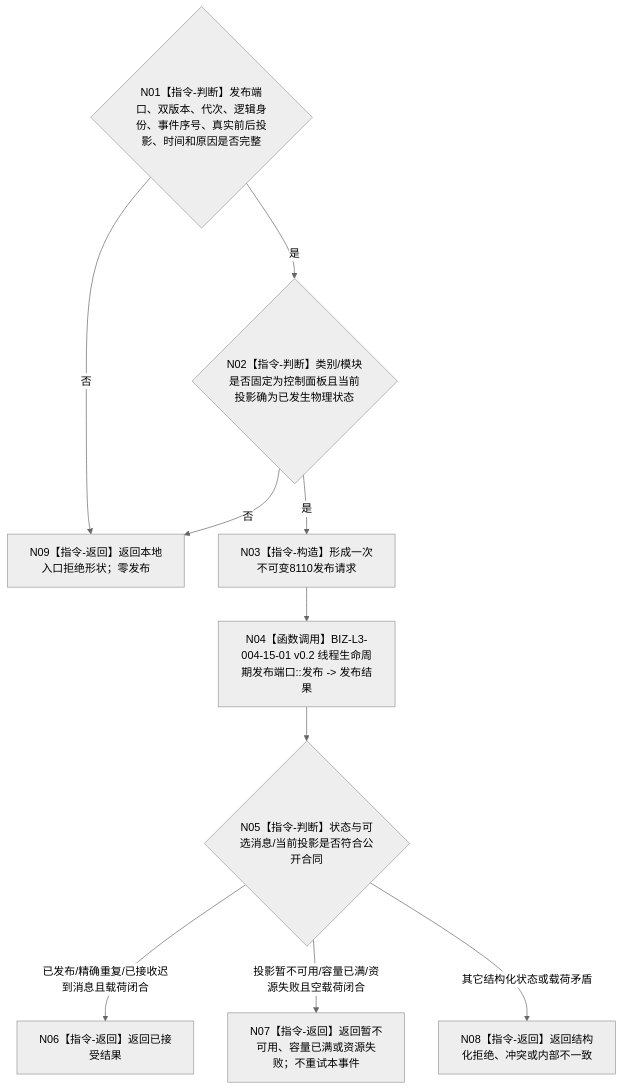
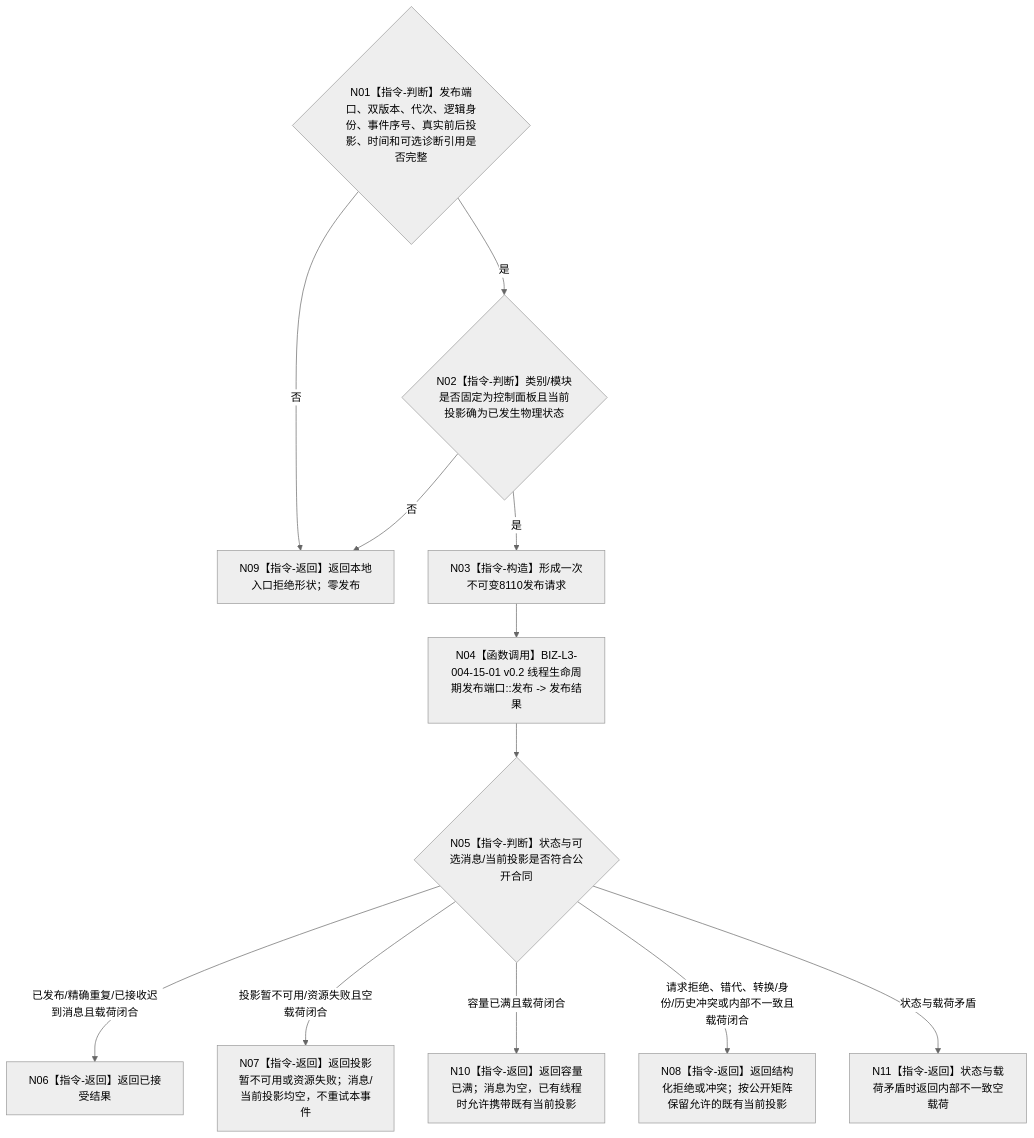
Before and after one commit to chunhaizh-cyber/HY-Ego: the diagram in 流程图/目标业务流程图/L2/BIZ-L2-005-02_报告一次控制面板线程生命周期投影_目标函数流程图_v0.2.md, drawn with Mermaid (neutral theme). The commit also changed other lines of this file and 6 other files, not shown here.

````diff
--- a/流程图/目标业务流程图/L2/BIZ-L2-005-02_报告一次控制面板线程生命周期投影_目标函数流程图_v0.2.md
+++ b/流程图/目标业务流程图/L2/BIZ-L2-005-02_报告一次控制面板线程生命周期投影_目标函数流程图_v0.2.md
@@ -30,20 +31,24 @@
 ```mermaid
 flowchart TD
-    N01{"N01【指令-判断】发布端口、双版本、代次、逻辑身份、事件序号、真实前后投影、时间和原因是否完整"}
+    N01{"N01【指令-判断】发布端口、双版本、代次、逻辑身份、事件序号、真实前后投影、时间和可选诊断引用是否完整"}
     N02{"N02【指令-判断】类别/模块是否固定为控制面板且当前投影确为已发生物理状态"}
     N03["N03【指令-构造】形成一次不可变8110发布请求"]
     N04["N04【函数调用】BIZ-L3-004-15-01 v0.2 线程生命周期发布端口::发布 -> 发布结果"]
     N05{"N05【指令-判断】状态与可选消息/当前投影是否符合公开合同"}
     N06["N06【指令-返回】返回已接受结果"]
-    N07["N07【指令-返回】返回暂不可用、容量已满或资源失败；不重试本事件"]
-    N08["N08【指令-返回】返回结构化拒绝、冲突或内部不一致"]
+    N07["N07【指令-返回】返回投影暂不可用或资源失败；消息/当前投影均空，不重试本事件"]
+    N08["N08【指令-返回】返回结构化拒绝或冲突；按公开矩阵保留允许的既有当前投影"]
     N09["N09【指令-返回】返回本地入口拒绝形状；零发布"]
+    N10["N10【指令-返回】返回容量已满；消息为空，已有线程时允许携带既有当前投影"]
+    N11["N11【指令-返回】状态与载荷矛盾时返回内部不一致空载荷"]
 
     N01 -->|否| N09
     N01 -->|是| N02
     N02 -->|否| N09
     N02 -->|是| N03 --> N04 --> N05
     N05 -->|已发布/精确重复/已接收迟到消息且载荷闭合| N06
-    N05 -->|投影暂不可用/容量已满/资源失败且空载荷闭合| N07
-    N05 -->|其它结构化状态或载荷矛盾| N08
+    N05 -->|投影暂不可用/资源失败且空载荷闭合| N07
+    N05 -->|容量已满且载荷闭合| N10
+    N05 -->|请求拒绝、错代、转换/身份/历史冲突或内部不一致且载荷闭合| N08
+    N05 -->|状态与载荷矛盾| N11
 ```
````
